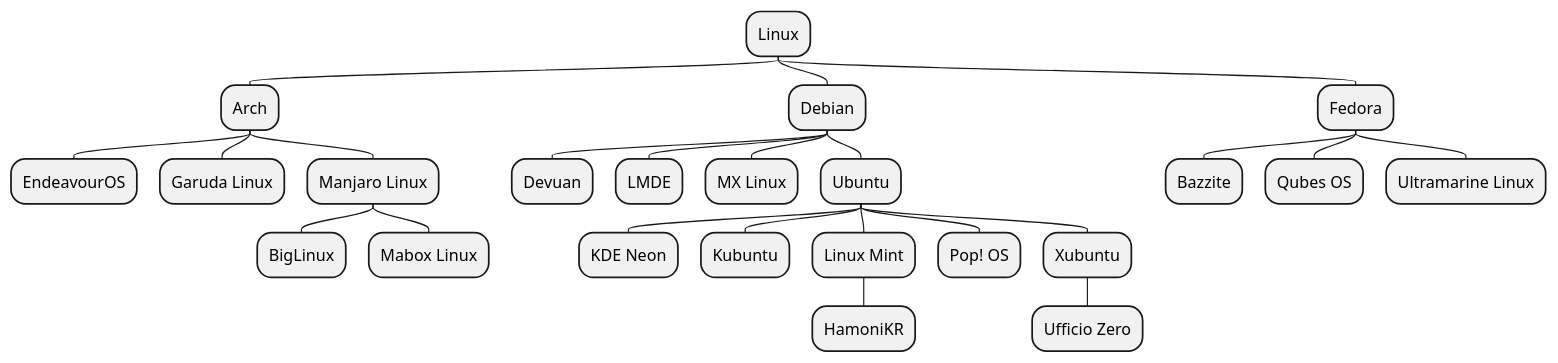
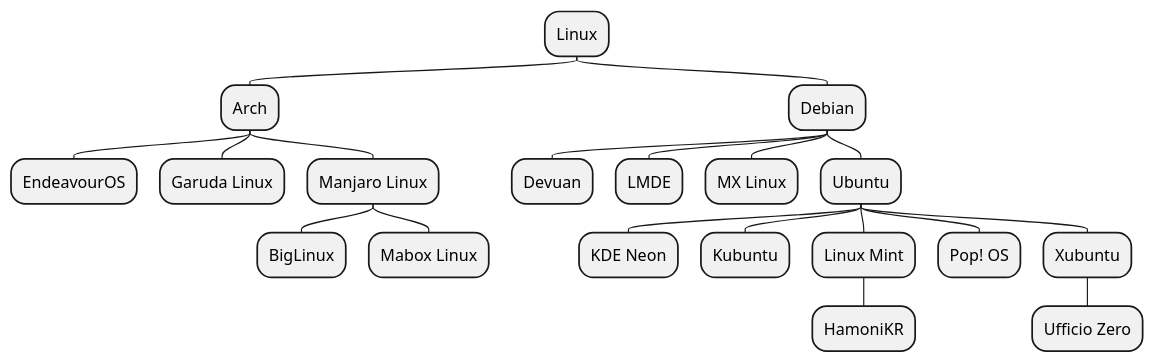
One commit to taflaj/taflaj.github.io changed the diagram in assets/sources/linux.pu. Above: the diagram before and after it, drawn with PlantUML. The commit also changed 7 other files, not shown here.

```diff
--- a/assets/sources/linux.pu
+++ b/assets/sources/linux.pu
@@ -1,26 +1,26 @@
 @startmindmap linux
 top to bottom direction
 * Linux
 ** Arch
 *** EndeavourOS
 *** Garuda Linux
 *** Manjaro Linux
 **** BigLinux
 **** Mabox Linux
 ** Debian
 *** Devuan
 *** LMDE
 *** MX Linux
 *** Ubuntu
 **** KDE Neon
 **** Kubuntu
 **** Linux Mint
 ***** HamoniKR
 **** Pop! OS
 **** Xubuntu
 ***** Ufficio Zero
-** Fedora
-*** Bazzite
-*** Qubes OS
-*** Ultramarine Linux
+' ** Fedora
+' *** Bazzite
+' *** Qubes OS
+' *** Ultramarine Linux
 @endmindmap
```
